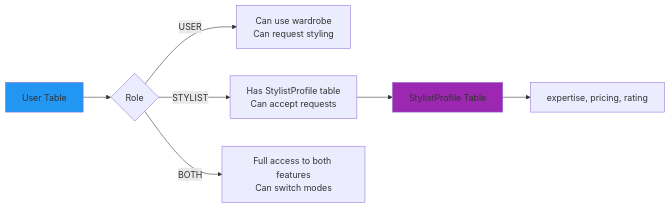
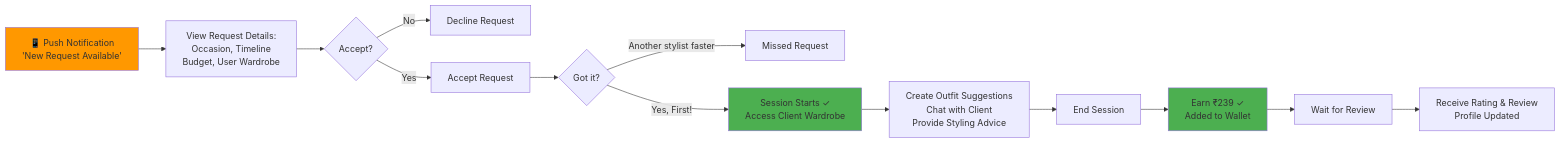
One commit to hrshkshri/my-wardrobe changed the eighth of 13 diagrams in docs/DIAGRAMS.md. Above: the diagram before and after it, drawn with Mermaid. The commit also changed other lines of this file, not shown here.

First line of the commit message:
Docs: Update all documentation with organized user flows

````diff
--- a/docs/DIAGRAMS.md
+++ b/docs/DIAGRAMS.md
@@ -325,13 +402,22 @@
 ```mermaid
-graph LR
-    A[User Table] --> B{Role}
-    B -->|USER| C[Can use wardrobe<br/>Can request styling]
-    B -->|STYLIST| D[Has StylistProfile table<br/>Can accept requests]
-    B -->|BOTH| E[Full access to both features<br/>Can switch modes]
+flowchart LR
+    Notif[📱 Push Notification<br/>'New Request Available'] --> ViewReq[View Request Details:<br/>Occasion, Timeline<br/>Budget, User Wardrobe]
 
-    D --> F[StylistProfile Table]
-    F --> G[expertise, pricing, rating]
+    ViewReq --> Decision{Accept?}
+    Decision -->|No| Decline[Decline Request]
+    Decision -->|Yes| Accept[Accept Request]
 
-    style A fill:#2196F3
-    style F fill:#9C27B0
+    Accept --> Check{Got it?}
+    Check -->|Another stylist faster| Missed[Missed Request]
+    Check -->|Yes, First!| Session[Session Starts ✓<br/>Access Client Wardrobe]
+
+    Session --> Work[Create Outfit Suggestions<br/>Chat with Client<br/>Provide Styling Advice]
+    Work --> End[End Session]
+    End --> Earn[Earn ₹239 ✓<br/>Added to Wallet]
+    Earn --> WaitReview[Wait for Review]
+    WaitReview --> GetReview[Receive Rating & Review<br/>Profile Updated]
+
+    style Notif fill:#FF9800
+    style Session fill:#4CAF50
+    style Earn fill:#4CAF50
 ```
````
